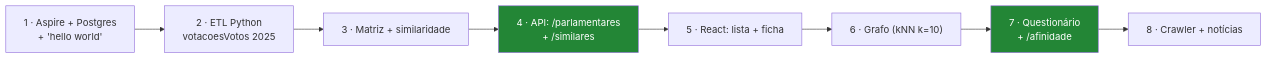
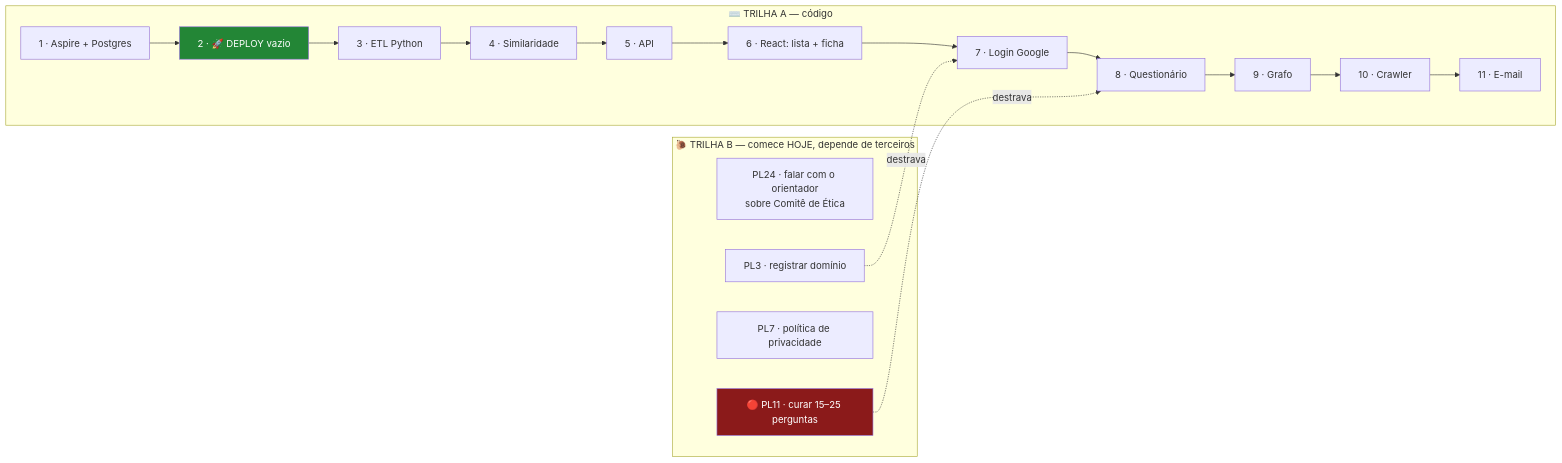
The fourth of 4 diagrams in docs/plano/01-arquitetura.md (IgorLucasAssuncao/poligraph), drawn with Mermaid before and after one commit. The commit also changed other lines of this file, not shown here.

First line of the commit message:
docs: reescreve a ordem de construcao -- duas trilhas, deploy no passo 2

````diff
--- a/docs/plano/01-arquitetura.md
+++ b/docs/plano/01-arquitetura.md
@@ -605,12 +612,20 @@
 ```mermaid
 flowchart LR
-    S1["1 · Aspire + Postgres<br/>+ 'hello world'"] --> S2["2 · ETL Python<br/>votacoesVotos 2025"]
-    S2 --> S3["3 · Matriz + similaridade"]
-    S3 --> S4["4 · API: /parlamentares<br/>+ /similares"]
-    S4 --> S5["5 · React: lista + ficha"]
-    S5 --> S6["6 · Grafo (kNN k=10)"]
-    S6 --> S7["7 · Questionário<br/>+ /afinidade"]
-    S7 --> S8["8 · Crawler + notícias"]
-    style S4 fill:#238636,color:#fff
-    style S7 fill:#238636,color:#fff
+    subgraph T2["🐌 TRILHA B — comece HOJE, depende de terceiros"]
+        B1["PL24 · falar com o orientador<br/>sobre Comitê de Ética"]
+        B2["PL3 · registrar domínio"]
+        B3["PL7 · política de privacidade"]
+        B4["🔴 PL11 · curar 15–25 perguntas"]
+    end
+    subgraph T1["⌨️ TRILHA A — código"]
+        A1["1 · Aspire + Postgres"] --> A2["2 · 🚀 DEPLOY vazio"]
+        A2 --> A3["3 · ETL Python"] --> A4["4 · Similaridade"]
+        A4 --> A5["5 · API"] --> A6["6 · React: lista + ficha"]
+        A6 --> A7["7 · Login Google"] --> A8["8 · Questionário"]
+        A8 --> A9["9 · Grafo"] --> A10["10 · Crawler"] --> A11["11 · E-mail"]
+    end
+    B4 -.destrava.-> A8
+    B2 -.destrava.-> A7
+    style B4 fill:#8b1a1a,color:#fff
+    style A2 fill:#238636,color:#fff
 ```
````
